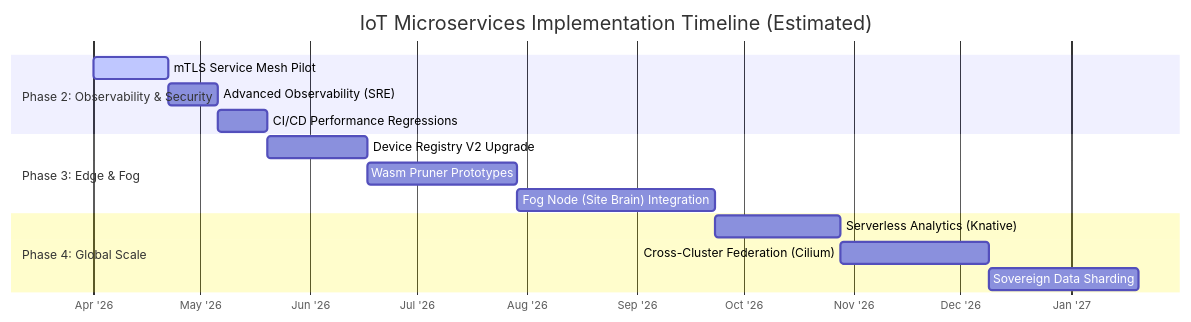
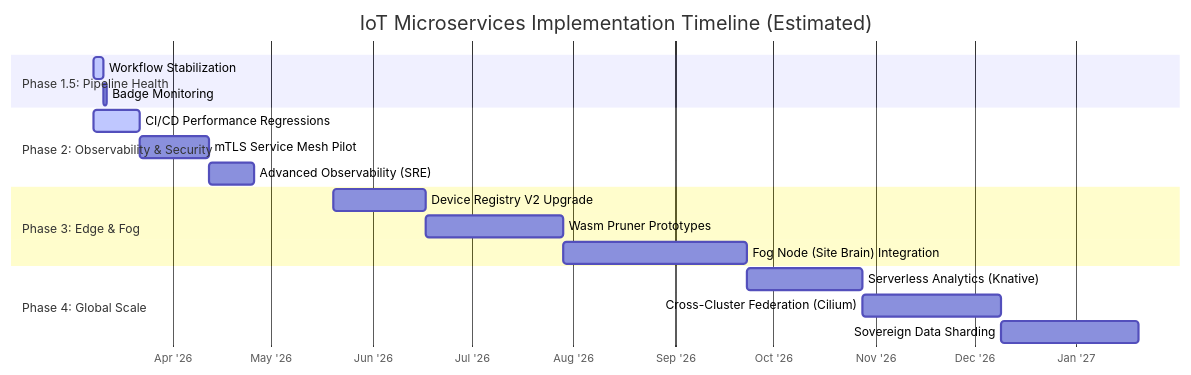
Before and after one commit to sergioitremotejobs2025-sketch/GreenHouse_Arduino: the diagram in Timeline.md, drawn with Mermaid. The commit also changed other lines of this file and 4 other files, not shown here.

````diff
--- a/Timeline.md
+++ b/Timeline.md
@@ -7,21 +7,24 @@
 ```mermaid
 gantt
     title IoT Microservices Implementation Timeline (Estimated)
     dateFormat  YYYY-MM-DD
     axisFormat  %b '%y
+    section Phase 1.5: Pipeline Health
+    Workflow Stabilization          :active, p15_1, 2026-03-08, 3d
+    Badge Monitoring                :p15_2, after p15_1, 1d
 
     section Phase 2: Observability & Security
-    mTLS Service Mesh Pilot         :active, p2_1, 2026-04-01, 21d
-    Advanced Observability (SRE)    :p2_2, after p2_1, 14d
-    CI/CD Performance Regressions   :p2_3, after p2_2, 14d
+    CI/CD Performance Regressions   :active, p2_1, 2026-03-08, 14d
+    mTLS Service Mesh Pilot         :p2_2, after p2_1, 21d
+    Advanced Observability (SRE)    :p2_3, after p2_2, 14d
 
     section Phase 3: Edge & Fog
     Device Registry V2 Upgrade      :p3_1, 2026-05-20, 28d
     Wasm Pruner Prototypes          :p3_2, after p3_1, 42d
     Fog Node (Site Brain) Integration :p3_3, after p3_2, 56d
 
     section Phase 4: Global Scale
     Serverless Analytics (Knative)  :p4_1, 2026-09-23, 35d
     Cross-Cluster Federation (Cilium) :p4_2, after p4_1, 42d
     Sovereign Data Sharding         :p4_3, after p4_2, 42d
 ```
````
